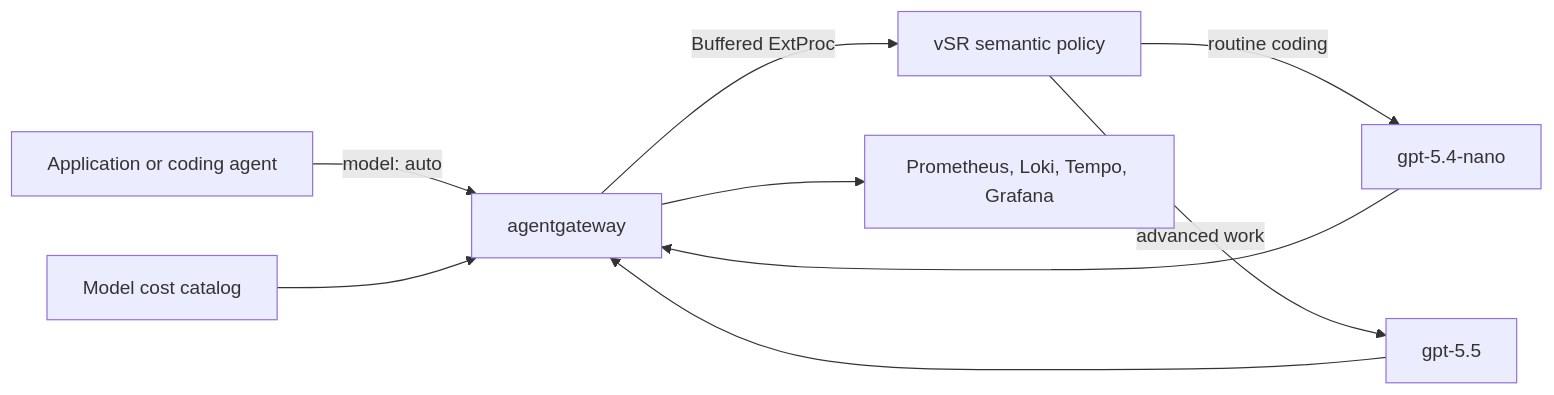
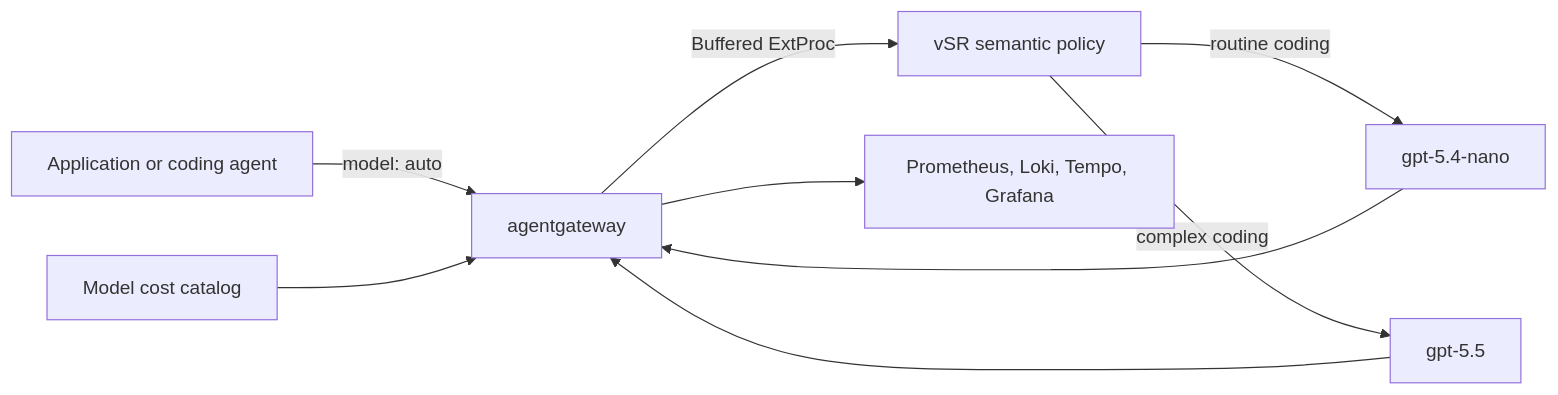
The diagram in cost-based-semantic-routing/README.md (danehans/agentgateway-demos), drawn with Mermaid before and after one commit. The commit also changed other lines of this file and 8 other files, not shown here.

````diff
--- a/cost-based-semantic-routing/README.md
+++ b/cost-based-semantic-routing/README.md
@@ -23,11 +21,11 @@
 ```mermaid
 flowchart LR
     A[Application or coding agent] -->|model: auto| G[agentgateway]
     G -->|Buffered ExtProc| S[vSR semantic policy]
     S -->|routine coding| L[gpt-5.4-nano]
-    S -->|advanced work| H[gpt-5.5]
+    S -->|complex coding| H[gpt-5.5]
     L --> G
     H --> G
     C[Model cost catalog] --> G
     G --> O[Prometheus, Loki, Tempo, Grafana]
 ```
````
